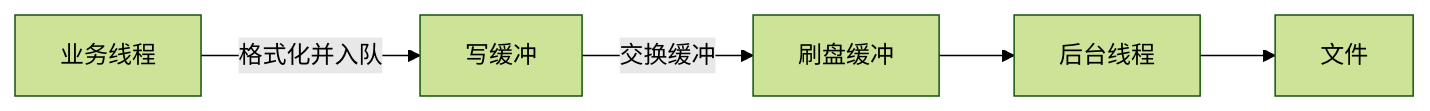
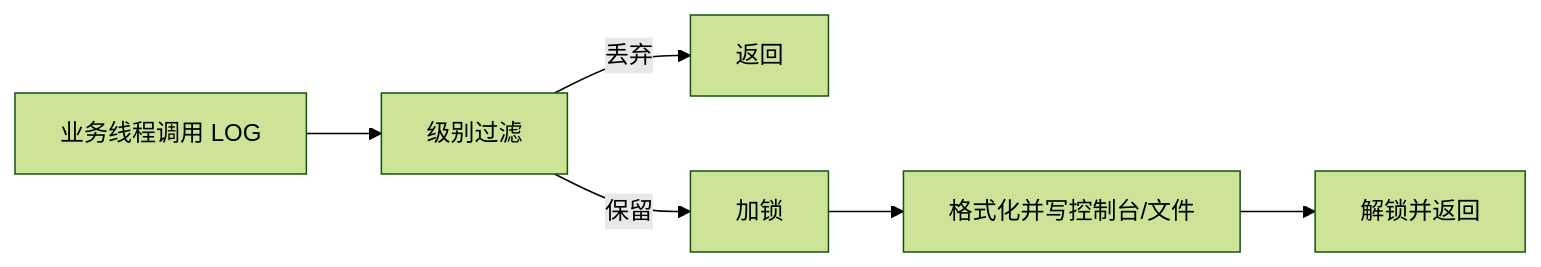
One commit to feiyun0310/linux-backend-learning-notes changed the first of 5 diagrams in 04-logging-system.md. Above: the diagram before and after it, drawn with Mermaid (forest theme). The commit also changed other lines of this file, not shown here.

````diff
--- a/04-logging-system.md
+++ b/04-logging-system.md
@@ -29,7 +85,8 @@
-~~~mermaid
+```mermaid
 flowchart LR
-    A[业务线程] -->|格式化并入队| B[写缓冲]
-    B -->|交换缓冲| C[刷盘缓冲]
-    C --> D[后台线程]
-    D --> E[文件]
-~~~
+    A[业务线程调用 LOG] --> B[级别过滤]
+    B -->|丢弃| C[返回]
+    B -->|保留| D[加锁]
+    D --> E[格式化并写控制台/文件]
+    E --> F[解锁并返回]
+```
````
